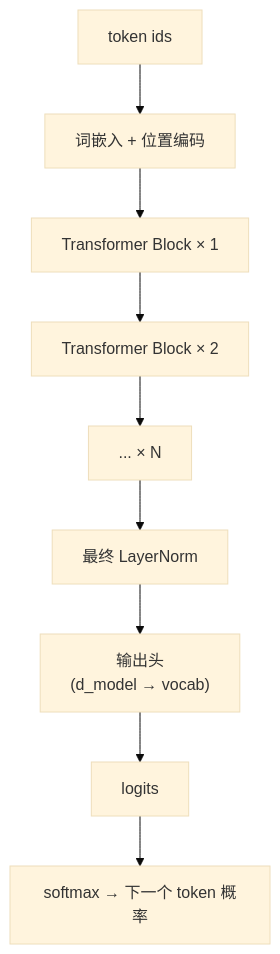
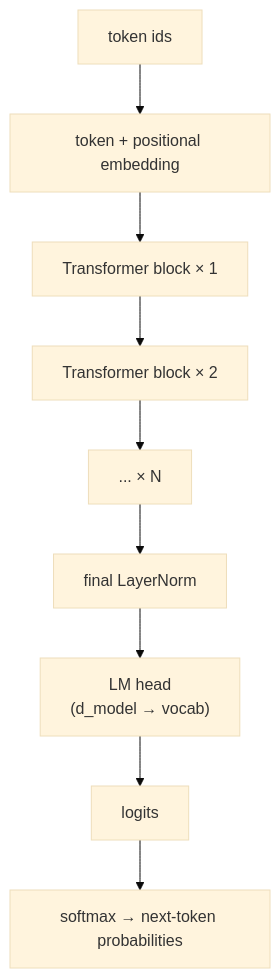
The seventh of 23 diagrams in docs/diagrams.md (Alas129/transformer-playground), drawn with Mermaid (base theme) before and after one commit. The commit also changed other lines of this file, not shown here.

Commit message:
updated diagrams

````diff
--- a/docs/diagrams.md
+++ b/docs/diagrams.md
@@ -139,11 +153,11 @@
 ```mermaid
 flowchart TD
-    tok[token ids] --> emb[词嵌入 + 位置编码]
-    emb --> b1[Transformer Block × 1]
-    b1 --> b2[Transformer Block × 2]
+    tok[token ids] --> emb[token + positional embedding]
+    emb --> b1[Transformer block × 1]
+    b1 --> b2[Transformer block × 2]
     b2 --> bn[... × N]
-    bn --> lnf[最终 LayerNorm]
-    lnf --> head["输出头<br/>(d_model → vocab)"]
+    bn --> lnf[final LayerNorm]
+    lnf --> head["LM head<br/>(d_model → vocab)"]
     head --> logits[logits]
-    logits --> sm["softmax → 下一个 token 概率"]
+    logits --> sm["softmax → next-token probabilities"]
 ```
````
